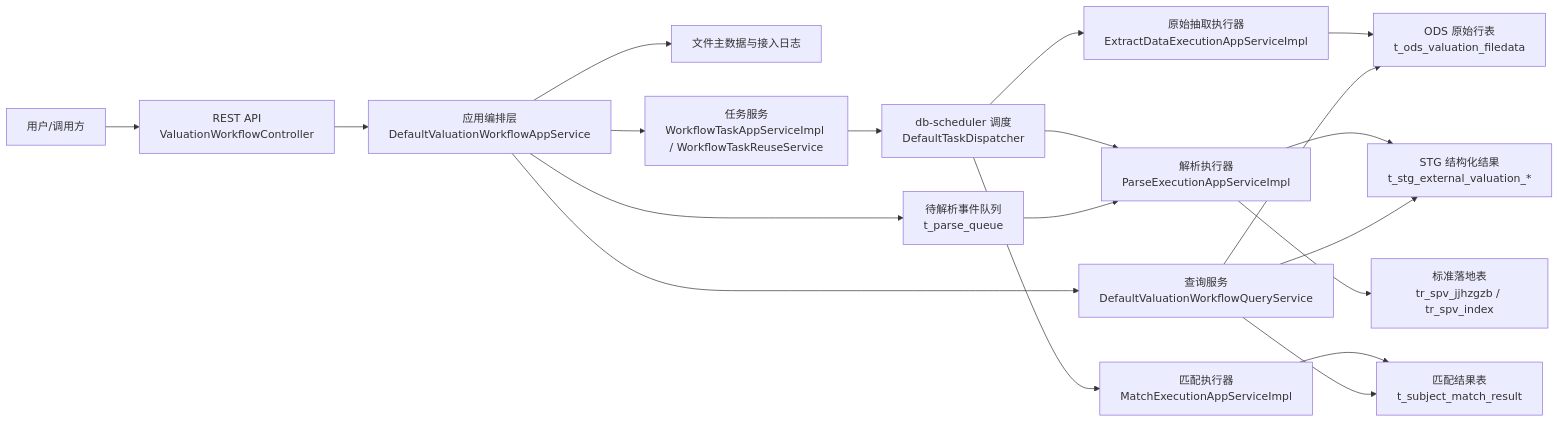
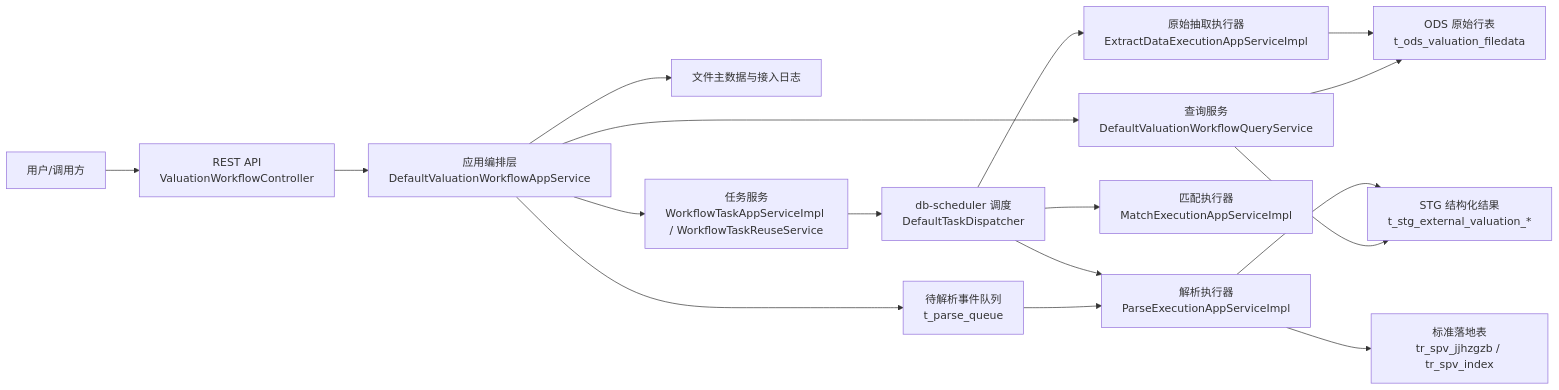
Before and after one commit to iloveZzz/valset-standardizer-java: the first of 2 diagrams in docs/architecture-overview.md, drawn with Mermaid. The commit also changed other lines of this file and 68 other files, not shown here.

````diff
--- a/docs/architecture-overview.md
+++ b/docs/architecture-overview.md
@@ -72,21 +72,19 @@
 ```mermaid
 flowchart LR
     U["用户/调用方"] --> C["REST API<br/>ValuationWorkflowController"]
     C --> A["应用编排层<br/>DefaultValuationWorkflowAppService"]
     A --> F["文件主数据与接入日志"]
     A --> T["任务服务<br/>WorkflowTaskAppServiceImpl / WorkflowTaskReuseService"]
     T --> Q["db-scheduler 调度<br/>DefaultTaskDispatcher"]
     Q --> E1["原始抽取执行器<br/>ExtractDataExecutionAppServiceImpl"]
     Q --> E2["解析执行器<br/>ParseExecutionAppServiceImpl"]
     Q --> E3["匹配执行器<br/>MatchExecutionAppServiceImpl"]
     E1 --> ODS["ODS 原始行表<br/>t_ods_valuation_filedata"]
     A --> PQ["待解析事件队列<br/>t_parse_queue"]
     PQ --> E2
     E2 --> STG["STG 结构化结果<br/>t_stg_external_valuation_*"]
     E2 --> TR["标准落地表<br/>tr_spv_jjhzgzb / tr_spv_index"]
-    E3 --> RES["匹配结果表<br/>t_subject_match_result"]
     A --> QRY["查询服务<br/>DefaultValuationWorkflowQueryService"]
     QRY --> ODS
     QRY --> STG
-    QRY --> RES
 ```
````
